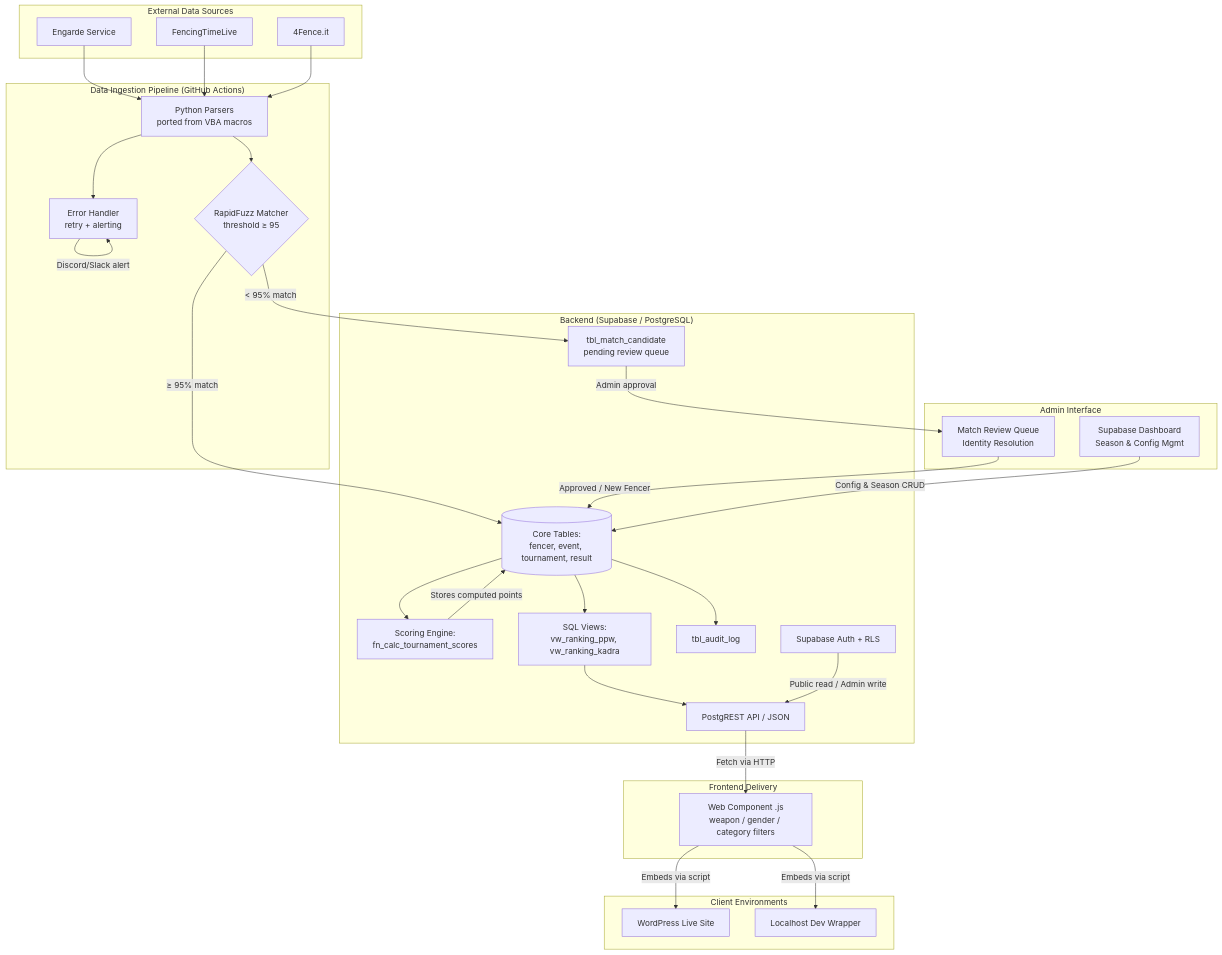
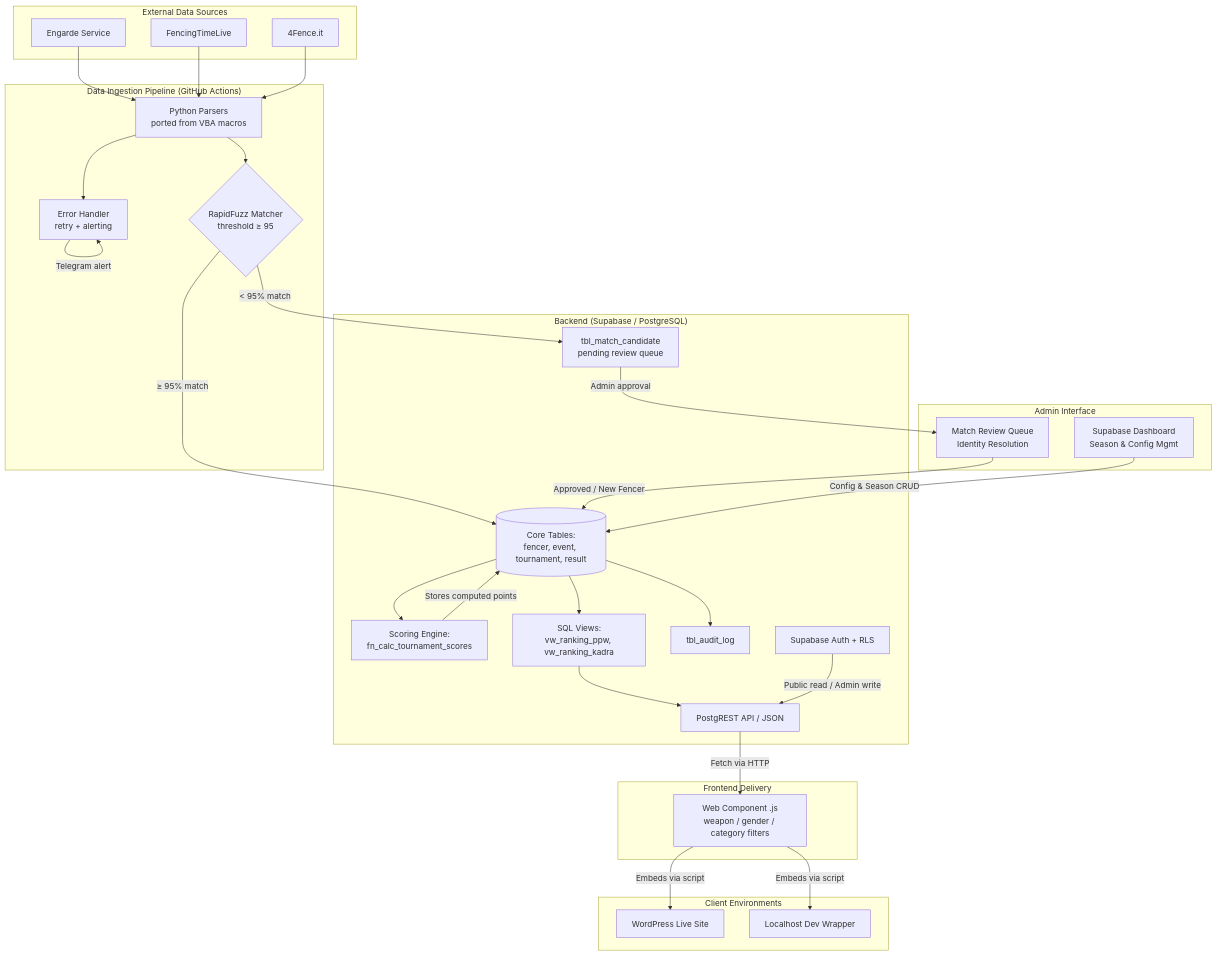
One commit to Fencer4Life/spws-automated-ranklist changed the first of 6 diagrams in doc/Project Specification. SPWS Automated Ranklist System.md. Above: the diagram before and after it, drawn with Mermaid. The commit also changed other lines of this file and 106 other files, not shown here.

````diff
--- a/doc/Project Specification. SPWS Automated Ranklist System.md
+++ b/doc/Project Specification. SPWS Automated Ranklist System.md
@@ -102,57 +102,57 @@
 ```mermaid
 graph TD
     subgraph "External Data Sources"
         S1[Engarde Service]
         S2[FencingTimeLive]
         S3[4Fence.it]
     end
 
     subgraph "Data Ingestion Pipeline (GitHub Actions)"
         P1[Python Parsers<br/>ported from VBA macros]
         P2{RapidFuzz Matcher<br/>threshold ≥ 95}
         EH[Error Handler<br/>retry + alerting]
     end
 
     subgraph "Backend (Supabase / PostgreSQL)"
         DB[(Core Tables:<br/>fencer, event, tournament, result)]
         MC[tbl_match_candidate<br/>pending review queue]
         SE[Scoring Engine:<br/>fn_calc_tournament_scores]
         Views[SQL Views:<br/>vw_ranking_ppw, vw_ranking_kadra]
         AL[tbl_audit_log]
         API[PostgREST API / JSON]
         Auth[Supabase Auth + RLS]
     end
 
     subgraph "Admin Interface"
         AdminUI[Supabase Dashboard<br/>Season & Config Mgmt]
         MQ[Match Review Queue<br/>Identity Resolution]
     end
 
     subgraph "Frontend Delivery"
         WC[Web Component .js<br/>weapon / gender / category filters]
     end
 
     subgraph "Client Environments"
         WP[WordPress Live Site]
         Local[Localhost Dev Wrapper]
     end
 
     S1 & S2 & S3 --> P1
     P1 --> P2
     P1 --> EH
-    EH -->|Discord/Slack alert| EH
+    EH -->|Telegram alert| EH
     P2 -->|≥ 95% match| DB
     P2 -->|< 95% match| MC
     MC -->|Admin approval| MQ
     MQ -->|Approved / New Fencer| DB
     DB --> SE
     SE -->|Stores computed points| DB
     DB --> AL
     DB --> Views
     Views --> API
     Auth -->|Public read / Admin write| API
     API -->|Fetch via HTTP| WC
     WC -->|Embeds via script| WP
     WC -->|Embeds via script| Local
     AdminUI -->|Config & Season CRUD| DB
 ```
````
